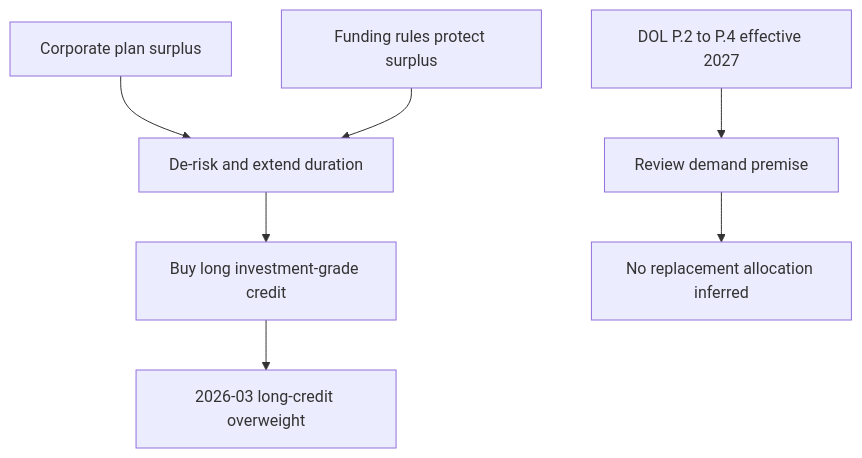
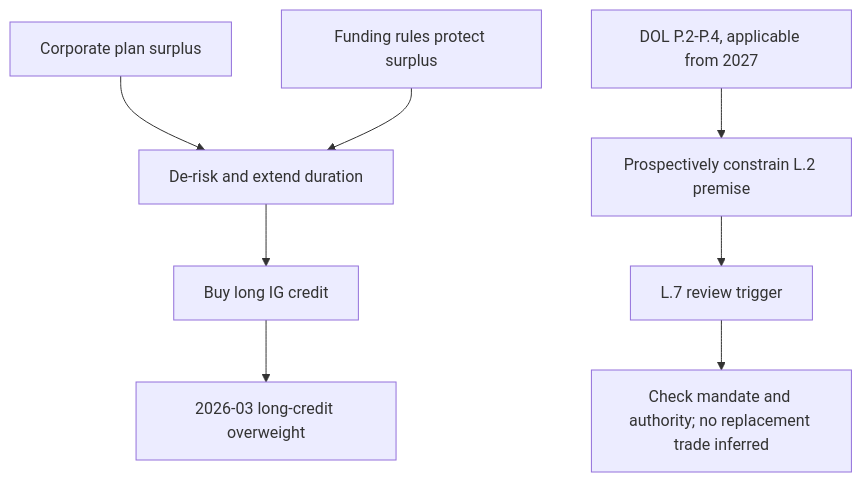
Before and after one commit to xuro-langchain/wealth-research-corpus: the diagram in openwiki/research/fixed-income/long-credit-and-pension-demand.md, drawn with Mermaid. The commit also changed other lines of this file and 43 other files, not shown here.

````diff
--- a/openwiki/research/fixed-income/long-credit-and-pension-demand.md
+++ b/openwiki/research/fixed-income/long-credit-and-pension-demand.md
@@ -39,9 +43,10 @@
 ```mermaid
 flowchart TD
     Surplus["Corporate plan surplus"] --> Derisk["De-risk and extend duration"]
-    Derisk --> LongCredit["Buy long investment-grade credit"]
+    Rules["Funding rules protect surplus"] --> Derisk
+    Derisk --> LongCredit["Buy long IG credit"]
     LongCredit --> Overweight["2026-03 long-credit overweight"]
-    Rules["Funding rules protect surplus"] --> Derisk
-    DOL["DOL P.2 to P.4 effective 2027"] --> Review["Review demand premise"]
-    Review --> NoInference["No replacement allocation inferred"]
+    DOL["DOL P.2-P.4, applicable from 2027"] --> Constrain["Prospectively constrain L.2 premise"]
+    Constrain --> Review["L.7 review trigger"]
+    Review --> Authority["Check mandate and authority; no replacement trade inferred"]
 ```
````
